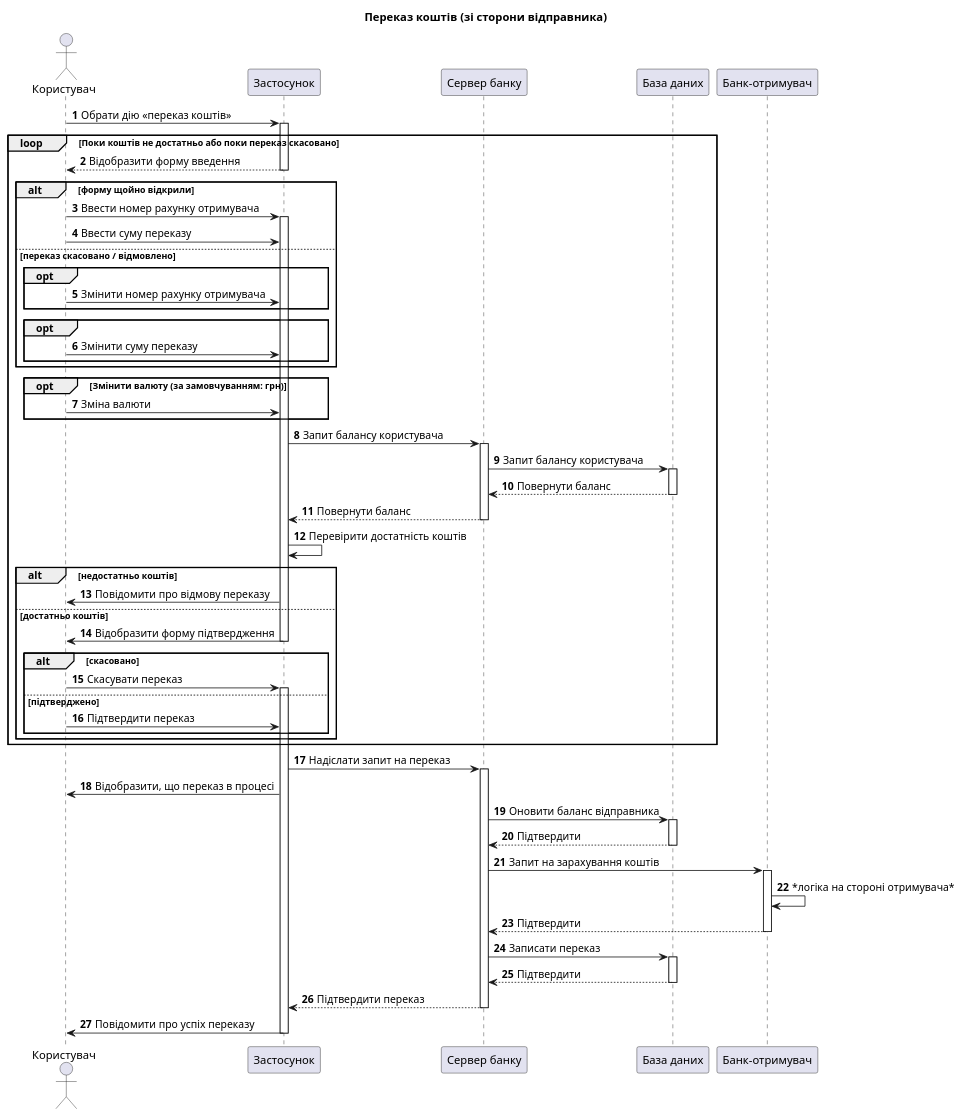
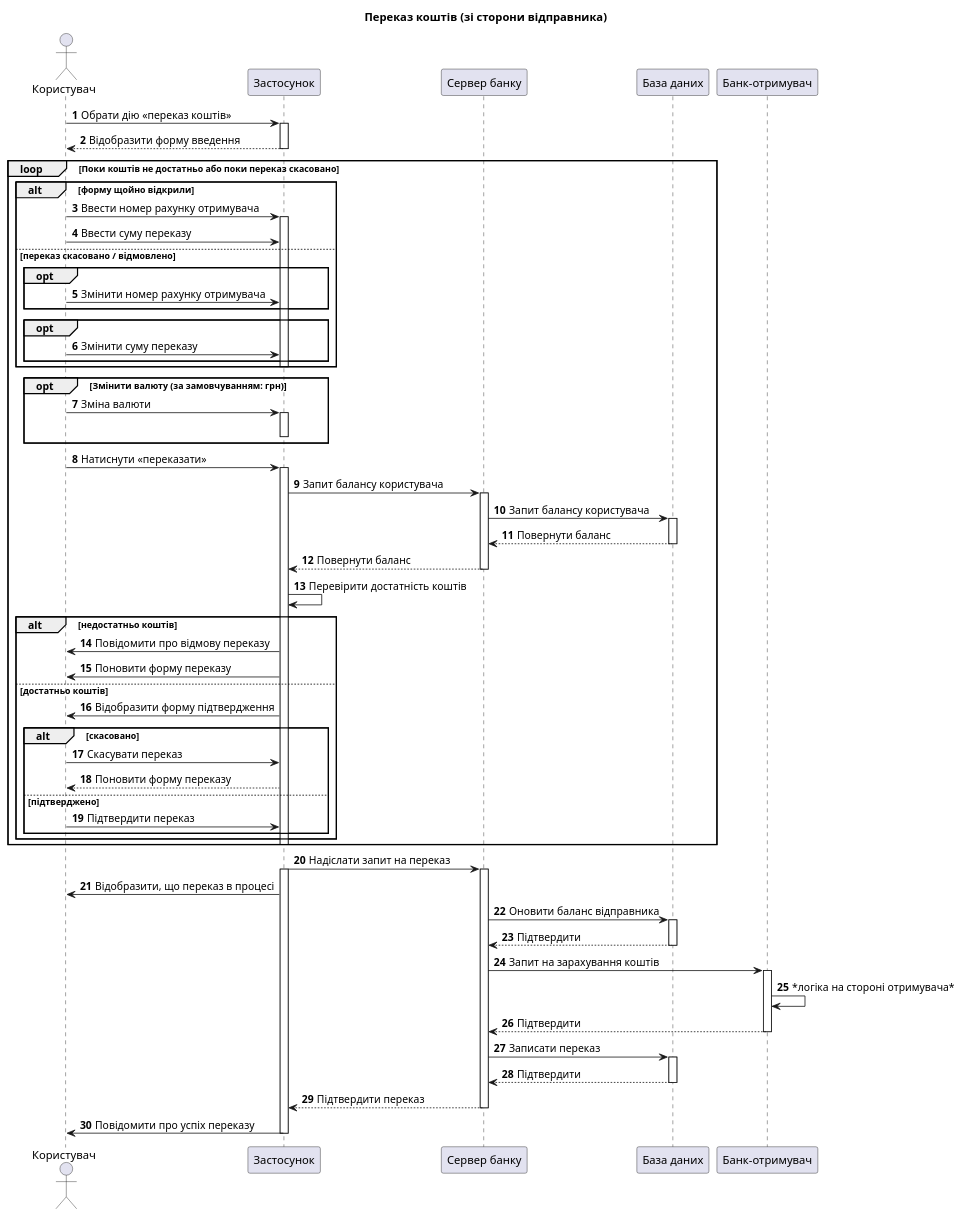
Before and after one commit to MihajloVat/KPI_labs_3_sem: the diagram in lab3/UC_transaction/transaction_SD.puml, drawn with PlantUML.

Commit message:
refactored

```diff
--- a/lab3/UC_transaction/transaction_SD.puml
+++ b/lab3/UC_transaction/transaction_SD.puml
@@ -1,84 +1,92 @@
 @startuml
 title Переказ коштів (зі сторони відправника)
 
 autonumber
 
 actor Користувач as user
 participant Застосунок as app
 participant "Сервер банку" as BS
 participant "База даних" as DB
 participant "Банк-отримувач" as RB
 
 user -> app : Обрати дію <<переказ коштів>>
 activate app
 
-LOOP Поки коштів не достатньо або поки переказ скасовано
-
   user <-- app : Відобразити форму введення
   deactivate app
+
+  LOOP Поки коштів не достатньо або поки переказ скасовано
 
   alt форму щойно відкрили
     user -> app : Ввести номер рахунку отримувача
     activate app
     user -> app : Ввести суму переказу
   else переказ скасовано / відмовлено
     opt
     user -> app : Змінити номер рахунку отримувача
     end
     opt
     user -> app : Змінити суму переказу
     end
+    deactivate app
   end
 
   opt Змінити валюту (за замовчуванням: грн)
   user -> app: Зміна валюти
+  activate app
+  deactivate app
   end
+
+  user->app: Натиснути <<переказати>>
+  activate app
 
   app->BS: Запит балансу користувача
   activate BS
   BS->DB: Запит балансу користувача
   activate DB
   BS<--DB: Повернути баланс
   deactivate DB
   app<--BS: Повернути баланс
   deactivate BS
   app->app: Перевірити достатність коштів
 
   alt недостатньо коштів
   user <- app : Повідомити про відмову переказу
+  user <- app: Поновити форму переказу
   else достатньо коштів
   user <- app : Відобразити форму підтвердження
-  deactivate app
+
     alt скасовано
     user -> app : Скасувати переказ
-    activate app
+    user <-- app: Поновити форму переказу
     else підтверджено
     user -> app : Підтвердити переказ
     end
   end
+  deactivate app
 
 end
-
 app->BS: Надіслати запит на переказ
+activate app
 activate BS
 user<-app: Відобразити, що переказ в процесі
 BS->DB: Оновити баланс відправника
 activate DB
 BS<--DB: Підтвердити
 deactivate DB
 BS->RB: Запит на зарахування коштів
 activate RB
 RB->RB: *логіка на стороні отримувача*
 BS<--RB: Підтвердити
 deactivate RB
 BS->DB: Записати переказ
 activate DB
 BS<--DB: Підтвердити
 deactivate DB
 app<--BS: Підтвердити переказ
 deactivate BS
 user<-app: Повідомити про успіх переказу
 deactivate app
 
 
 @enduml
```
